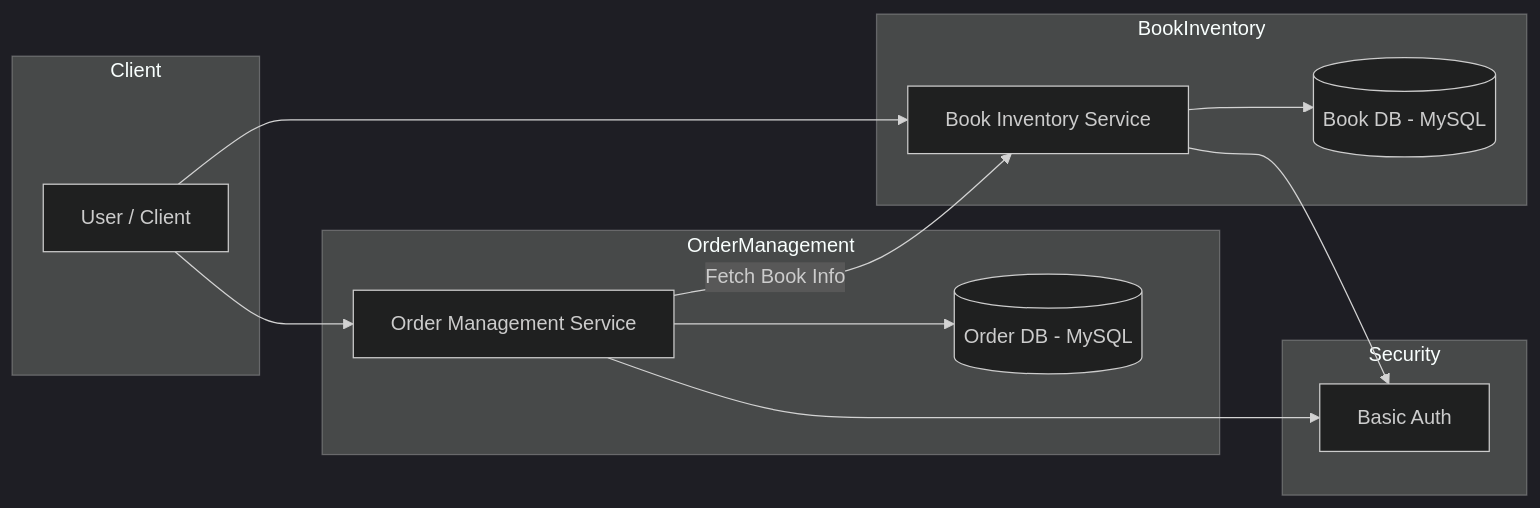
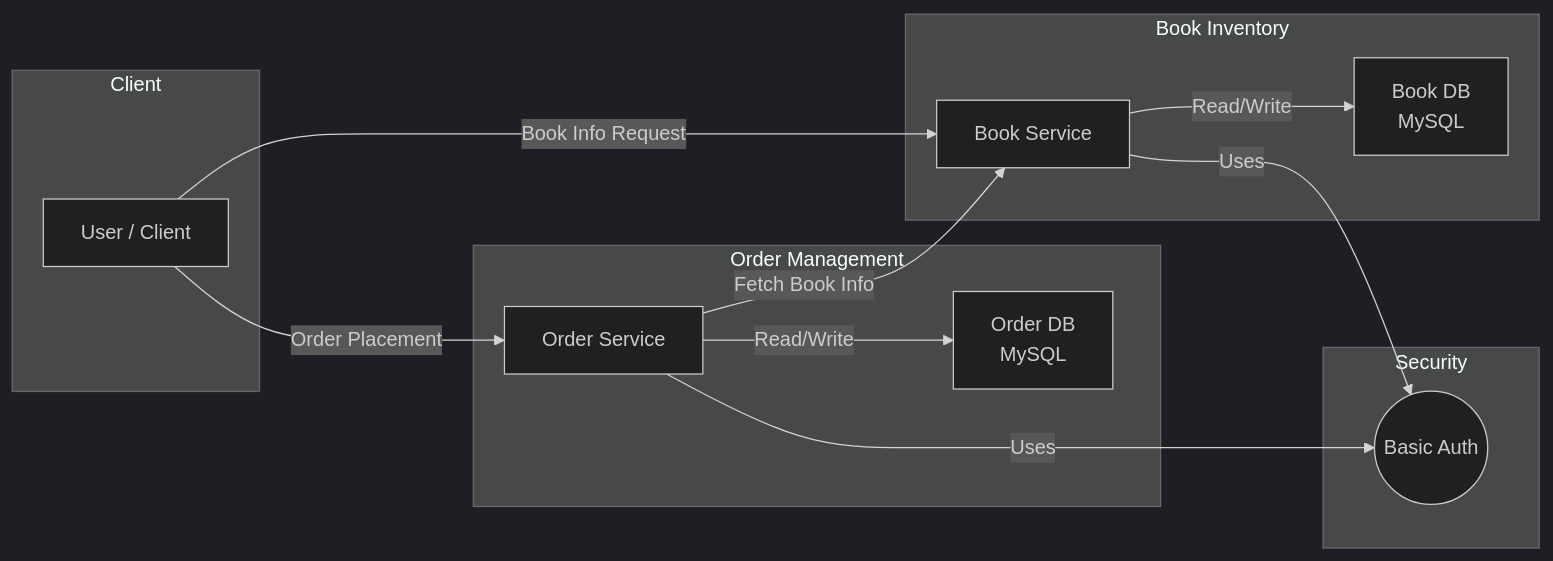
Before and after one commit to itlakshmanan/smart-documents: the first of 3 diagrams in Readme.md, drawn with Mermaid (dark theme). The commit also changed other lines of this file, not shown here.

Commit message:
Updated design doc for enhancement and other details

````diff
--- a/Readme.md
+++ b/Readme.md
@@ -61,35 +61,39 @@
 ```mermaid
-graph LR
-    subgraph Client
-        UI[User / Client]
-    end
+flowchart LR
+  %% Client
+  subgraph "Client"
+    UI["User / Client"]
+  end
 
-    subgraph Security
-        AUTH[Basic Auth]
-    end
+  %% Security
+  subgraph "Security"
+    AUTH(("Basic Auth"))
+  end
 
-    subgraph BookInventory
-        INV[Book Inventory Service]
-        DB_INV[(Book DB - MySQL)]
-    end
+  %% Book Inventory
+  subgraph "Book Inventory"
+    INV["Book Service"]
+    DB_INV["Book DB\nMySQL"]
+  end
 
-    subgraph OrderManagement
-        ORD[Order Management Service]
-        DB_ORD[(Order DB - MySQL)]
-    end
+  %% Order Management
+  subgraph "Order Management"
+    ORD["Order Service"]
+    DB_ORD["Order DB\nMySQL"]
+  end
 
-    %% Services use auth
-    INV --> AUTH
-    ORD --> AUTH
+  %% Service authentication
+  INV -- Uses --> AUTH
+  ORD -- Uses --> AUTH
 
-    %% Client access
-    UI --> INV
-    UI --> ORD
+  %% Client access
+  UI -- "Book Info Request" --> INV
+  UI -- "Order Placement" --> ORD
 
-    %% DB access
-    INV --> DB_INV
-    ORD --> DB_ORD
+  %% DB access
+  INV -- "Read/Write" --> DB_INV
+  ORD -- "Read/Write" --> DB_ORD
 
-    %% Inter-service communication
-    ORD -->|Fetch Book Info| INV
+  %% Inter-service communication
+  ORD -- "Fetch Book Info" --> INV
 ```
````
